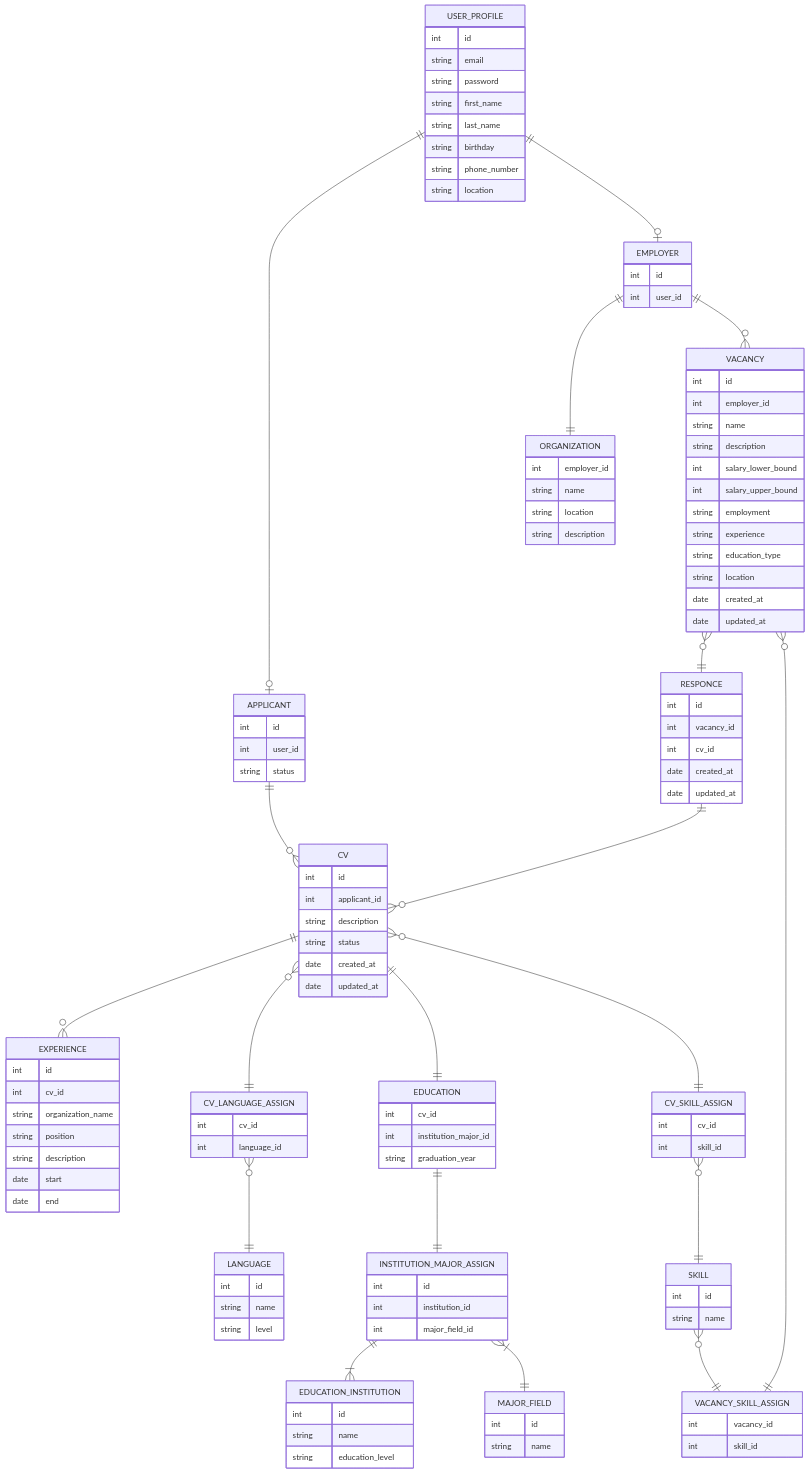
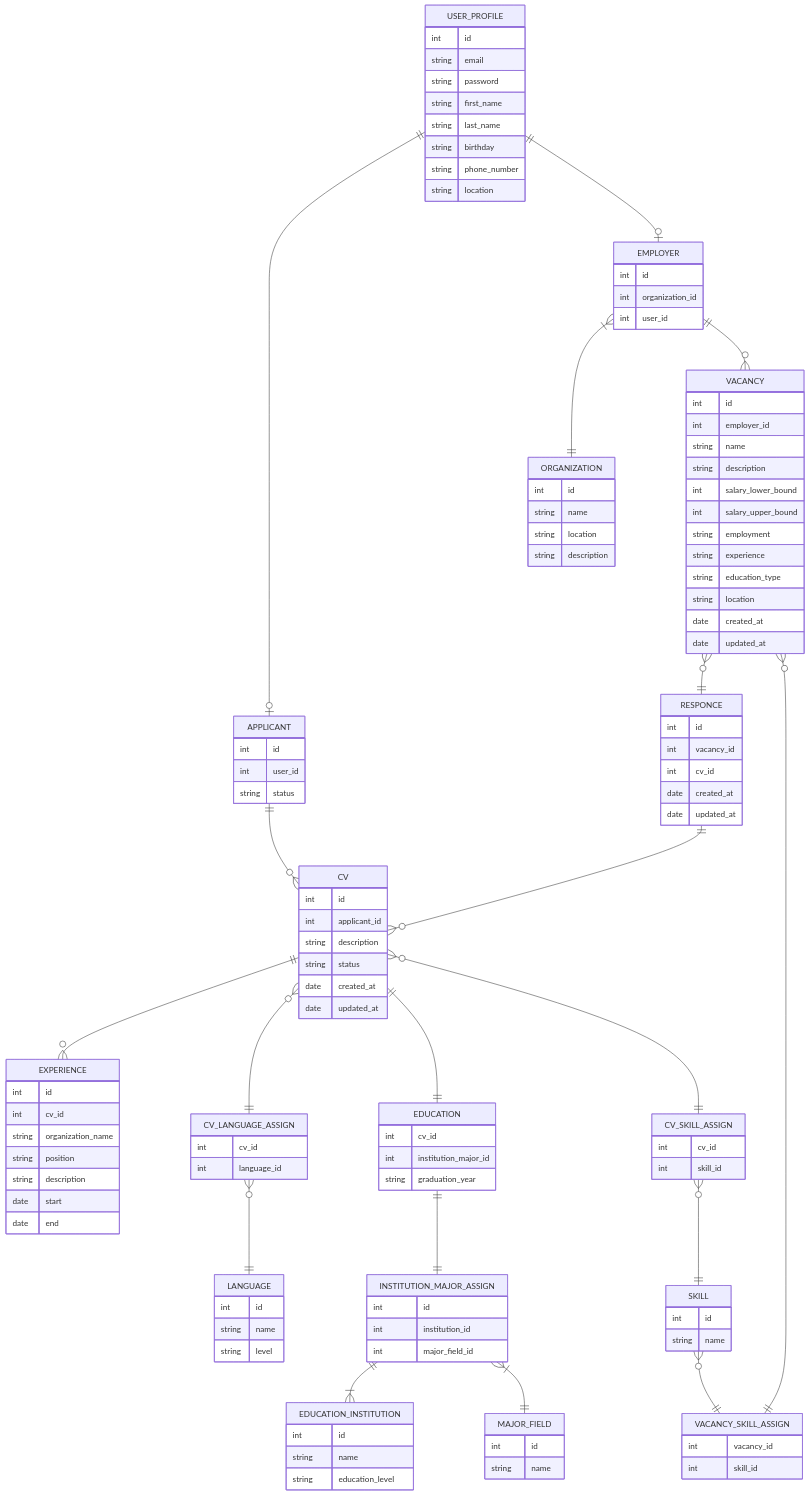
The diagram in db/normalized/relations.md (go-park-mail-ru/2023_2_VIVE), drawn with Mermaid before and after one commit. The commit also changed 1 other file, not shown here.

Commit message:
Небольшое обновление таблиц

```diff
--- a/db/normalized/relations.md
+++ b/db/normalized/relations.md
@@ -19,6 +19,7 @@
 
     EMPLOYER {
         int id
+        int organization_id
         int user_id
     }
 
@@ -120,13 +121,13 @@
     }
 
     ORGANIZATION{
-        int employer_id
+        int id
         string name
         string location
         string description
     }
 
-    EMPLOYER ||--|| ORGANIZATION : ""
+    EMPLOYER }|--|| ORGANIZATION : ""
     USER_PROFILE ||--o| APPLICANT : ""
     USER_PROFILE ||--o| EMPLOYER : ""
     APPLICANT ||--o{ CV : ""
```
